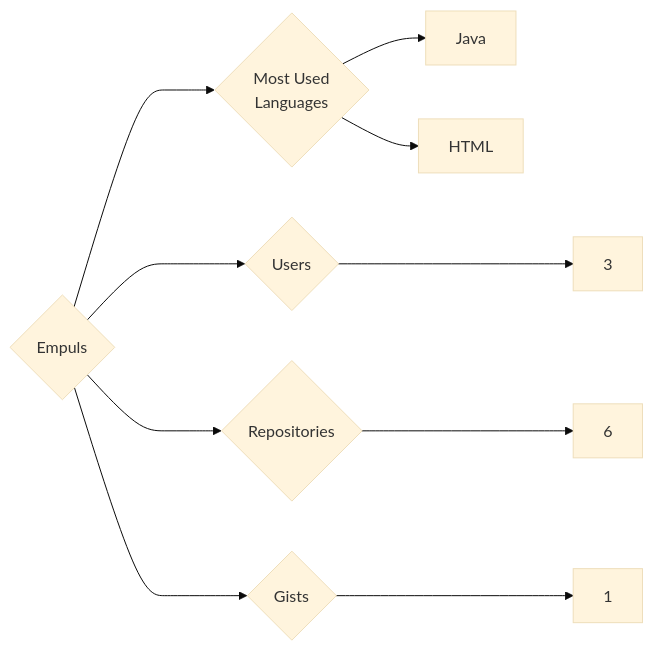
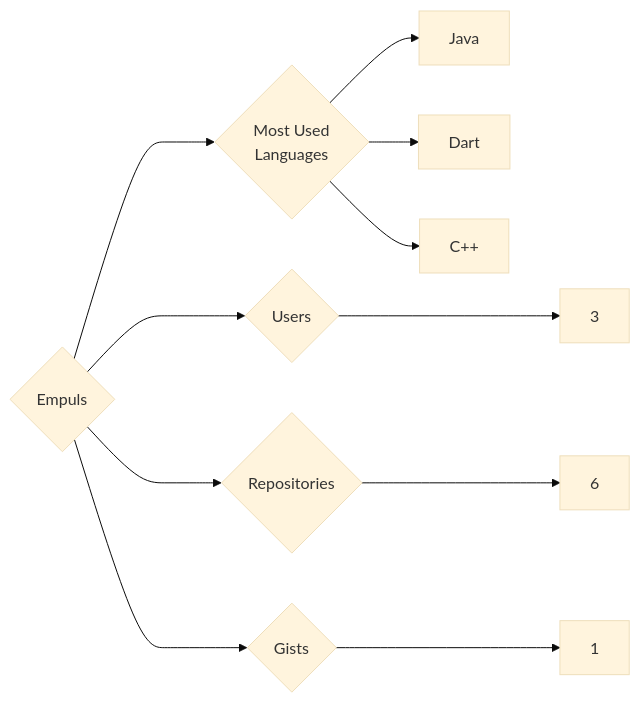
The diagram in targets/Empuls/README.md (trickest/insiders), drawn with Mermaid (base theme) before and after one commit. The commit also changed 840 other files, not shown here.

````diff
--- a/targets/Empuls/README.md
+++ b/targets/Empuls/README.md
@@ -3,10 +3,11 @@
 ```mermaid
 graph LR
 COMPANY_NAME{Empuls}
 COMPANY_NAME ---> U{Users} ---> UN[3]
 COMPANY_NAME ---> R{Repositories} ---> RN[6]
 COMPANY_NAME ---> G{Gists} ---> GN[1]
 COMPANY_NAME ---> ML{Most Used<br>Languages}
 ML --> Java[Java]
-ML --> HTML[HTML]
+ML --> Dart[Dart]
+ML --> C++[C++]
 ```
````
